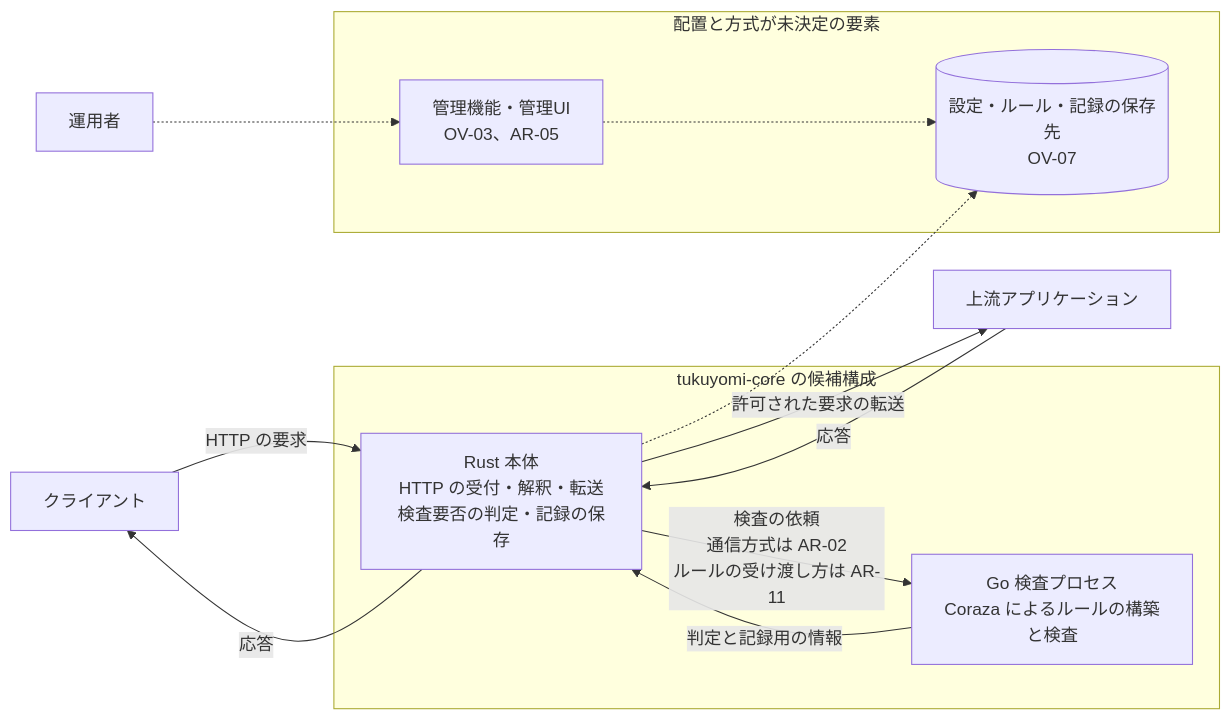
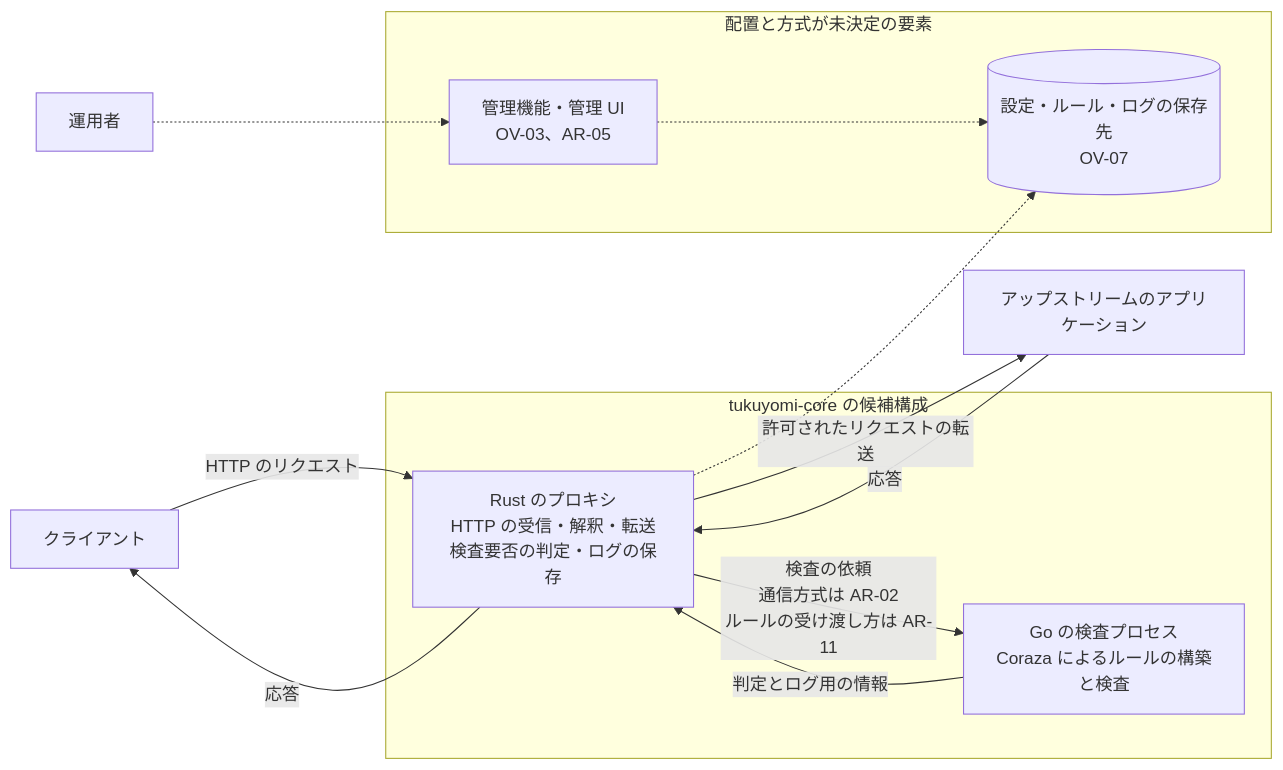
Before and after one commit to vril-dev/tukuyomi-core: the first of 2 diagrams in docs/detailed-design/00_overview/architecture.md, drawn with Mermaid. The commit also changed other lines of this file and 2 other files, not shown here.

````diff
--- a/docs/detailed-design/00_overview/architecture.md
+++ b/docs/detailed-design/00_overview/architecture.md
@@ -26,23 +26,23 @@
 ```mermaid
 flowchart LR
     client["クライアント"]
-    upstream["上流アプリケーション"]
+    upstream["アップストリームのアプリケーション"]
     operator["運用者"]
     subgraph candidate ["tukuyomi-core の候補構成"]
-        rust["Rust 本体<br/>HTTP の受付・解釈・転送<br/>検査要否の判定・記録の保存"]
-        inspector["Go 検査プロセス<br/>Coraza によるルールの構築と検査"]
+        rust["Rust のプロキシ<br/>HTTP の受信・解釈・転送<br/>検査要否の判定・ログの保存"]
+        inspector["Go の検査プロセス<br/>Coraza によるルールの構築と検査"]
     end
     subgraph undecided ["配置と方式が未決定の要素"]
-        store[("設定・ルール・記録の保存先<br/>OV-07")]
-        mgmt["管理機能・管理UI<br/>OV-03、AR-05"]
+        store[("設定・ルール・ログの保存先<br/>OV-07")]
+        mgmt["管理機能・管理 UI<br/>OV-03、AR-05"]
     end
-    client -->|"HTTP の要求"| rust
-    rust -->|"許可された要求の転送"| upstream
+    client -->|"HTTP のリクエスト"| rust
+    rust -->|"許可されたリクエストの転送"| upstream
     upstream -->|"応答"| rust
     rust -->|"応答"| client
     rust -->|"検査の依頼<br/>通信方式は AR-02<br/>ルールの受け渡し方は AR-11"| inspector
-    inspector -->|"判定と記録用の情報"| rust
+    inspector -->|"判定とログ用の情報"| rust
     rust -.-> store
     operator -.-> mgmt
     mgmt -.-> store
 ```
````
